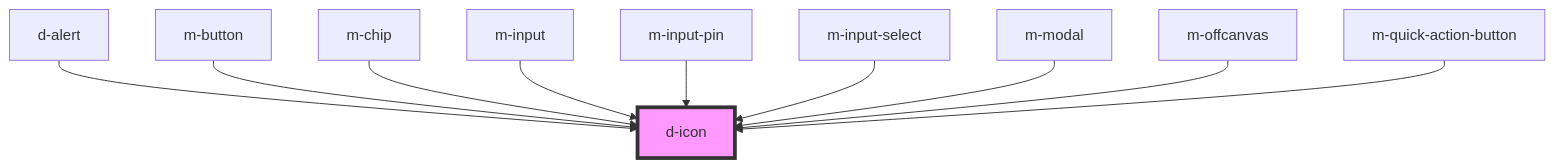
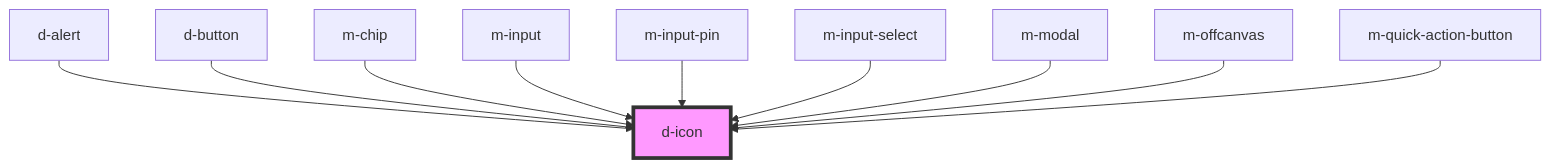
Before and after one commit to dynamic-framework/dynamic-ui: the diagram in libraries/dynamic-ui/src/components/d-icon/readme.md, drawn with Mermaid. The commit also changed other lines of this file and 32 other files, not shown here.

````diff
--- a/libraries/dynamic-ui/src/components/d-icon/readme.md
+++ b/libraries/dynamic-ui/src/components/d-icon/readme.md
@@ -41,13 +41,13 @@
 ```mermaid
 graph TD;
   d-alert --> d-icon
-  m-button --> d-icon
+  d-button --> d-icon
   m-chip --> d-icon
   m-input --> d-icon
   m-input-pin --> d-icon
   m-input-select --> d-icon
   m-modal --> d-icon
   m-offcanvas --> d-icon
   m-quick-action-button --> d-icon
   style d-icon fill:#f9f,stroke:#333,stroke-width:4px
 ```
````
